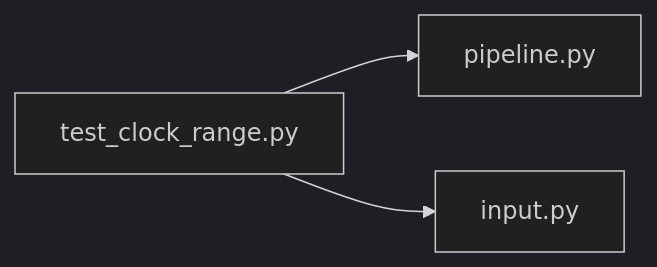
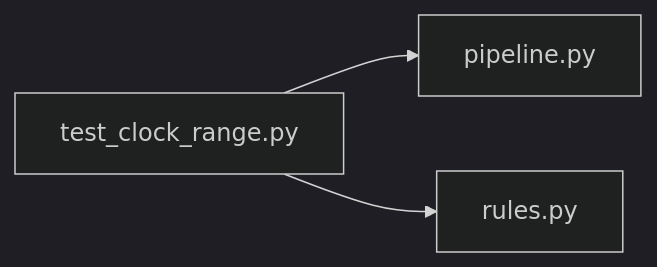
One commit to minkong-dev/Banblit changed the diagram in .cluedoc/graph/backend/tests/unit/test_clock_range.md. Above: the diagram before and after it, drawn with Mermaid (dark theme). The commit also changed other lines of this file and 75 other files, not shown here.

````diff
--- a/.cluedoc/graph/backend/tests/unit/test_clock_range.md
+++ b/.cluedoc/graph/backend/tests/unit/test_clock_range.md
@@ -10,6 +10,6 @@
 ```mermaid
 flowchart LR
   backend_tests_unit_test_clock_range["test_clock_range.py"]
   backend_tests_unit_test_clock_range --> backend_src_backend_scheduling_pipeline["pipeline.py"]
-  backend_tests_unit_test_clock_range --> backend_src_backend_services_validation_input["input.py"]
+  backend_tests_unit_test_clock_range --> backend_src_backend_services_validation_rules["rules.py"]
 ```
````
